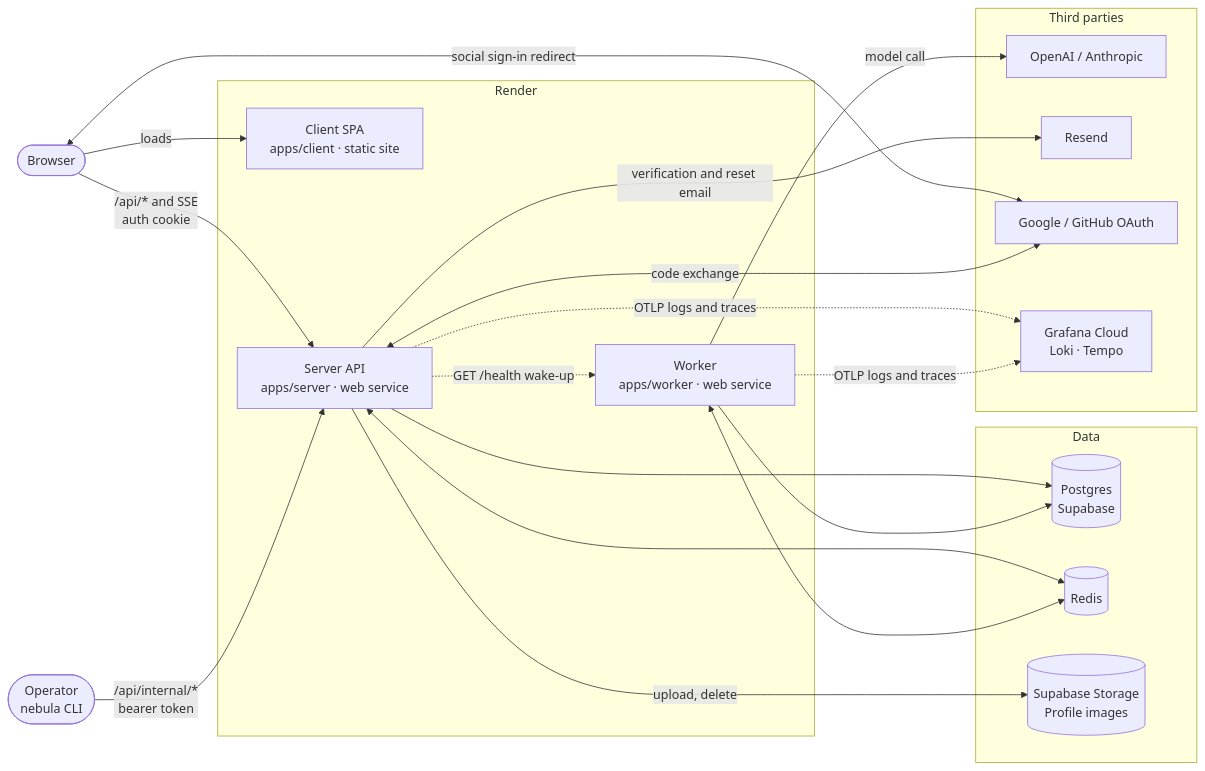
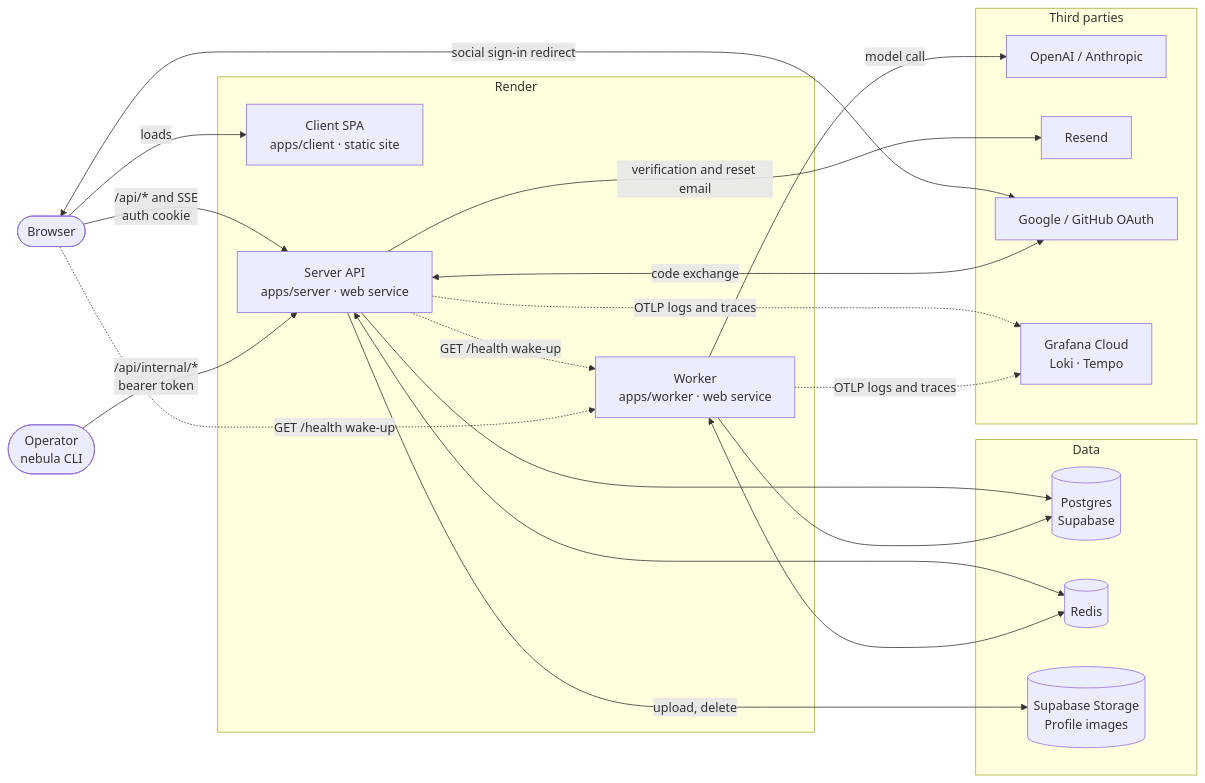
The second of 2 diagrams in README.md (itsDaiton/nebula-chat), drawn with Mermaid before and after one commit. The commit also changed 11 other files, not shown here.

First line of the commit message:
fix(client): wake the sleeping worker from the browser

````diff
--- a/README.md
+++ b/README.md
@@ -52,40 +52,41 @@
 ```mermaid
 flowchart LR
   browser([Browser])
   operator([Operator<br/>nebula CLI])
 
   subgraph render[Render]
     client["Client SPA<br/>apps/client · static site"]
     server["Server API<br/>apps/server · web service"]
     worker["Worker<br/>apps/worker · web service"]
   end
 
   subgraph data[Data]
     pg[("Postgres<br/>Supabase")]
     redis[(Redis)]
     storage[("Supabase Storage<br/>Profile images")]
   end
 
   subgraph vendors[Third parties]
     llm["OpenAI / Anthropic"]
     resend[Resend]
     oauth["Google / GitHub OAuth"]
     grafana["Grafana Cloud<br/>Loki · Tempo"]
   end
 
   browser -->|loads| client
   browser -->|"/api/* and SSE<br/>auth cookie"| server
   browser <-->|social sign-in redirect| oauth
   operator -->|"/api/internal/*<br/>bearer token"| server
   server --> pg
   server <--> redis
   server -->|upload, delete| storage
   server -->|verification and reset email| resend
   server <-->|code exchange| oauth
   server -.->|"GET /health wake-up"| worker
+  browser -.->|"GET /health wake-up"| worker
   worker --> pg
   worker <--> redis
   worker -->|model call| llm
   server -.->|OTLP logs and traces| grafana
   worker -.->|OTLP logs and traces| grafana
 ```
````
